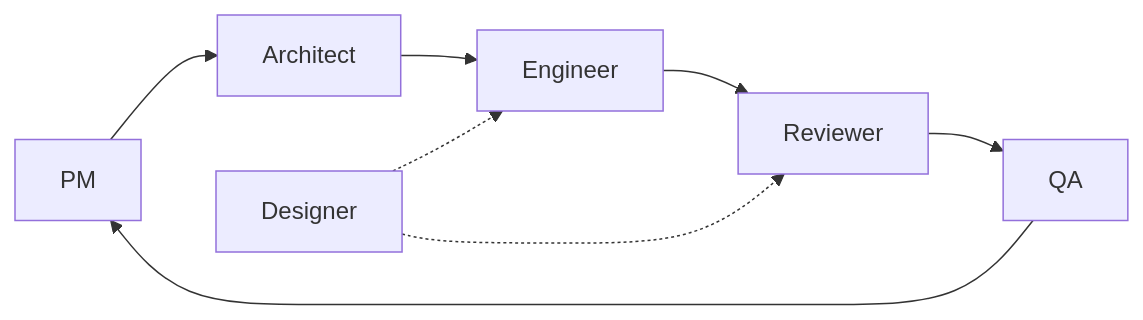
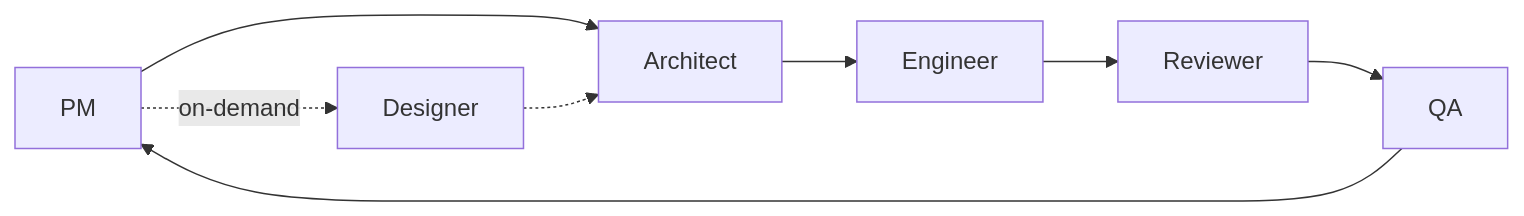
Before and after one commit to mshmwr/k-line-prediction: the diagram in README.md, drawn with Mermaid. The commit also changed other lines of this file and 4 other files, not shown here.

````diff
--- a/README.md
+++ b/README.md
@@ -30,10 +36,10 @@
 ```mermaid
 flowchart LR
     PM[PM] --> Architect[Architect]
     Architect --> Engineer[Engineer]
     Engineer --> Reviewer[Reviewer]
     Reviewer --> QA[QA]
     QA --> PM
-    Designer[Designer] -.-> Engineer
-    Designer -.-> Reviewer
+    PM -.->|on-demand| Designer[Designer]
+    Designer -.-> Architect
 ```
````
